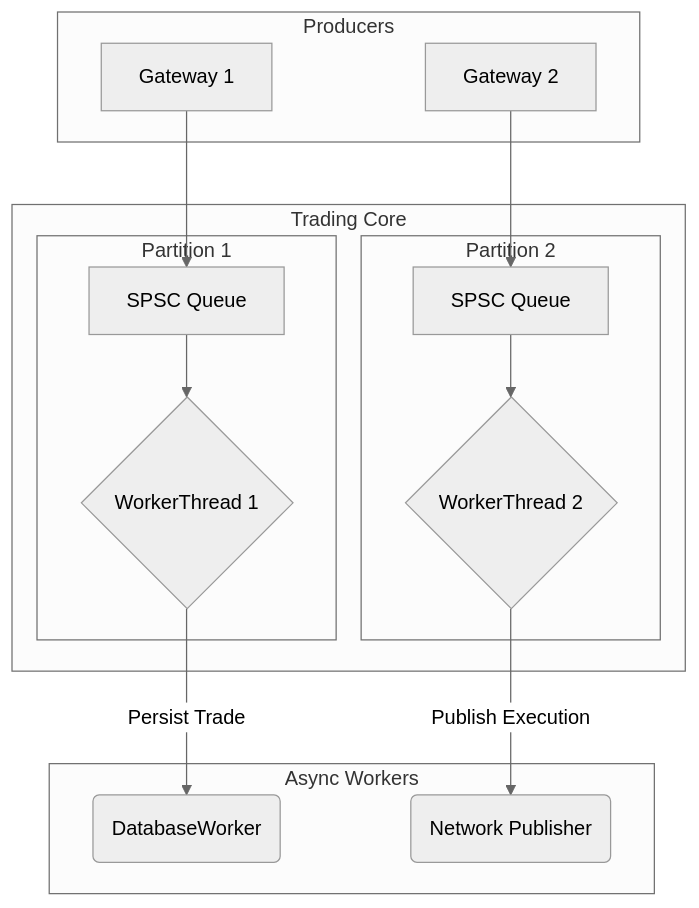
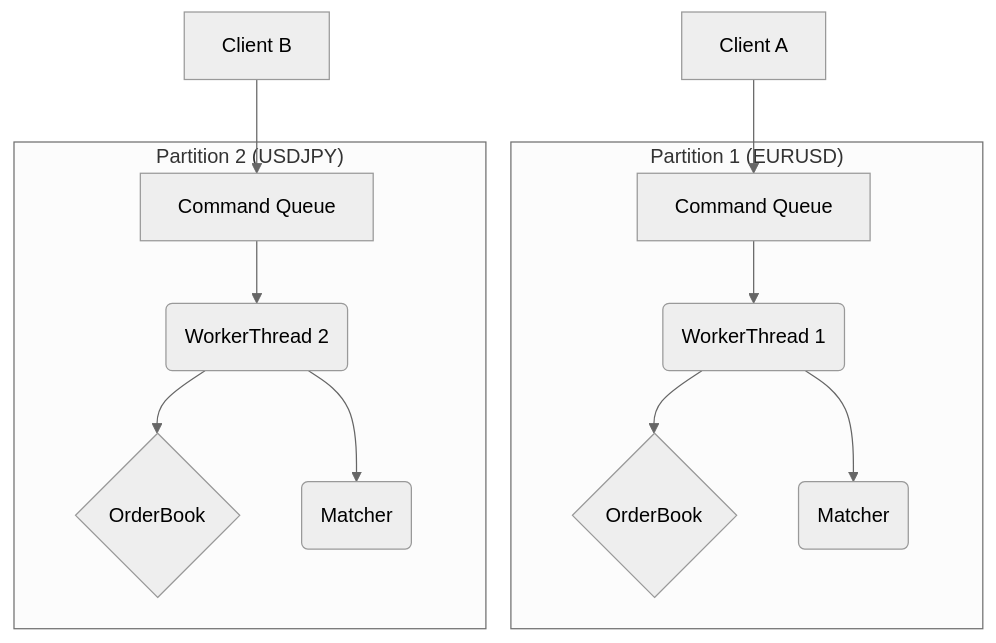
One commit to SujalChoudhari/BetaTrader changed the first of 2 diagrams in core/trading_core/TSD.md. Above: the diagram before and after it, drawn with Mermaid (neutral theme). The commit also changed other lines of this file and 5 other files, not shown here.

````diff
--- a/core/trading_core/TSD.md
+++ b/core/trading_core/TSD.md
@@ -38,26 +12,17 @@
 ```mermaid
 graph TD
-    subgraph Producers
-        P1[Gateway 1]
-        P2[Gateway 2]
+    subgraph "Partition 1 (EURUSD)"
+        Q1[Command Queue] --> W1(WorkerThread 1)
+        W1 --> OB1{OrderBook}
+        W1 --> M1(Matcher)
     end
 
-    subgraph Trading Core
-        subgraph Partition 1
-            Q1[SPSC Queue] --> W1{WorkerThread 1}
-        end
-        subgraph Partition 2
-            Q2[SPSC Queue] --> W2{WorkerThread 2}
-        end
+    subgraph "Partition 2 (USDJPY)"
+        Q2[Command Queue] --> W2(WorkerThread 2)
+        W2 --> OB2{OrderBook}
+        W2 --> M2(Matcher)
     end
 
-    subgraph Async Workers
-        DBW(DatabaseWorker)
-        NW(Network Publisher)
-    end
-
-    P1 --> Q1
-    P2 --> Q2
-    W1 -- "Persist Trade" --> DBW
-    W2 -- "Publish Execution" --> NW
+    ClientA[Client A] --> Q1
+    ClientB[Client B] --> Q2
 ```
````
